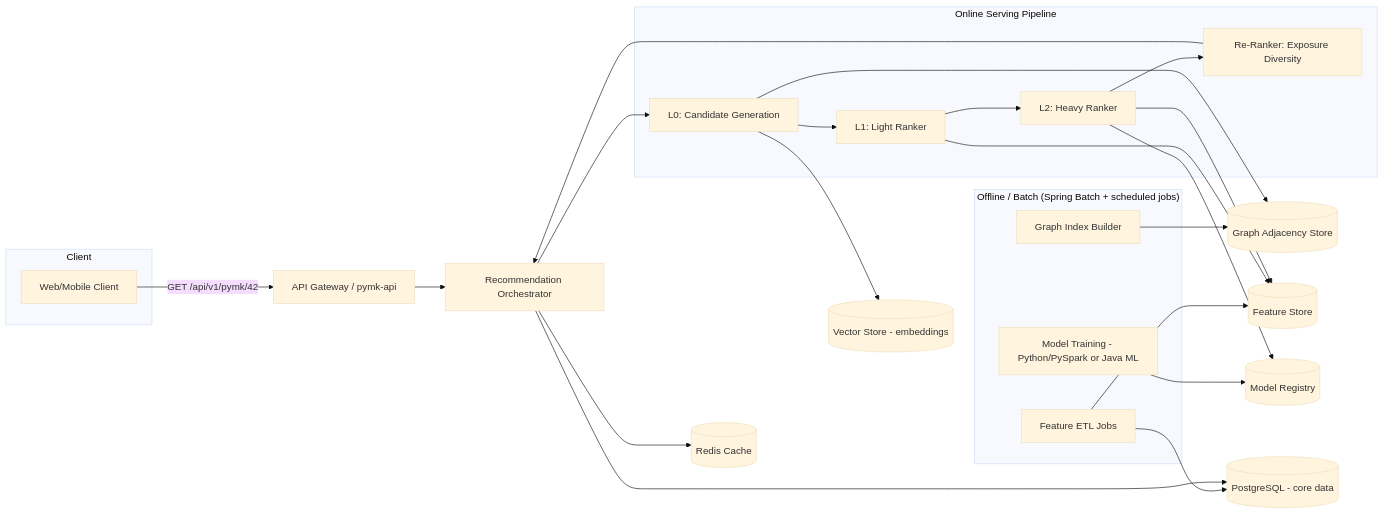
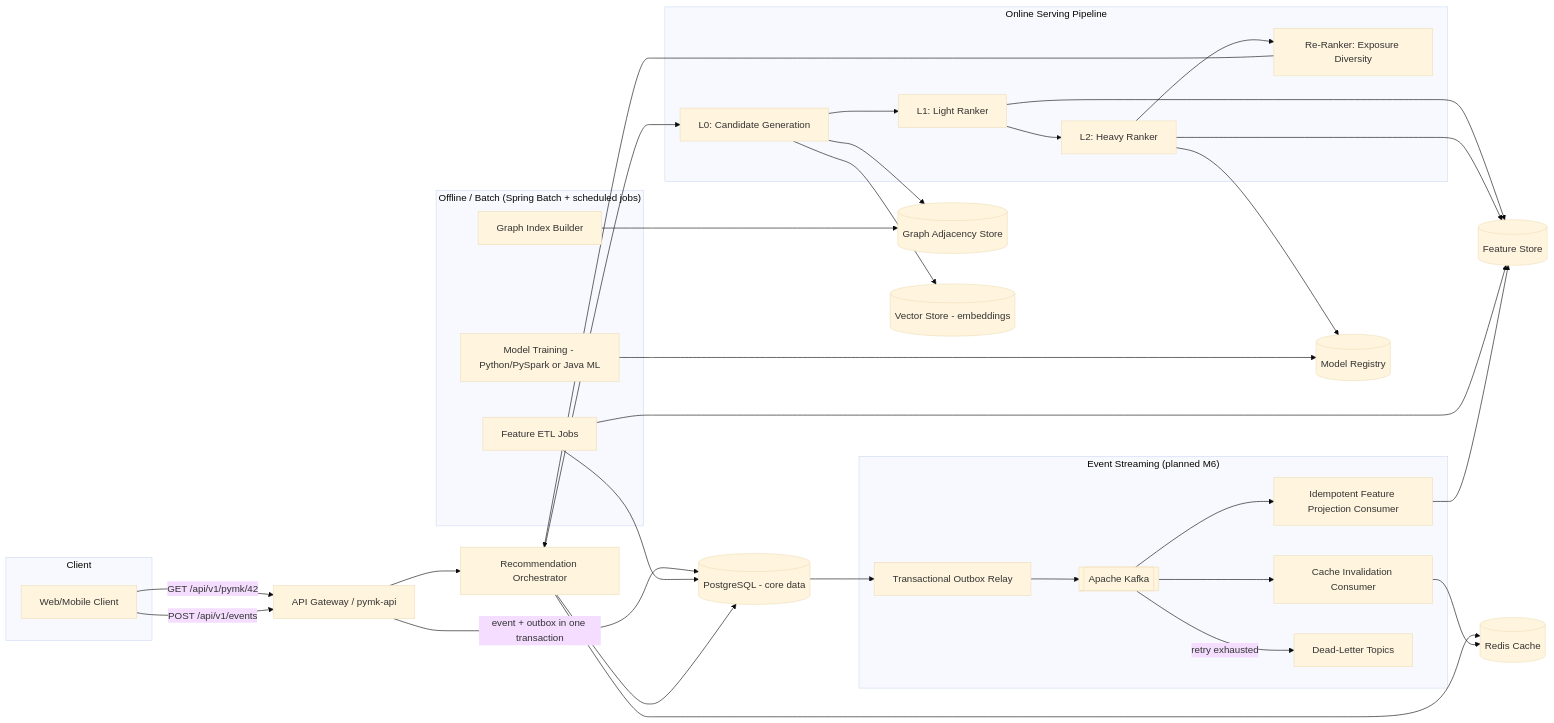
One commit to AhdyAhmed/People-You-May-Know-PYMK changed the first of 2 diagrams in docs/PYMK_DESIGN.md. Above: the diagram before and after it, drawn with Mermaid (base theme). The commit also changed other lines of this file and 14 other files, not shown here.

````diff
--- a/docs/PYMK_DESIGN.md
+++ b/docs/PYMK_DESIGN.md
@@ -55,36 +57,50 @@
 ```mermaid
 flowchart LR
     subgraph Client
         UI[Web/Mobile Client]
     end
 
     UI -->|"GET /api/v1/pymk/42"| GW["API Gateway / pymk-api"]
+    UI -->|"POST /api/v1/events"| GW
 
     GW --> ORCH[Recommendation Orchestrator]
+    GW -->|"event + outbox in one transaction"| DB
 
     subgraph Offline["Offline / Batch (Spring Batch + scheduled jobs)"]
         ETL[Feature ETL Jobs]
         TRAIN[Model Training - Python/PySpark or Java ML]
         GRAPH[Graph Index Builder]
     end
 
     subgraph Online["Online Serving Pipeline"]
         L0[L0: Candidate Generation]
         L1[L1: Light Ranker]
         L2[L2: Heavy Ranker]
         RR["Re-Ranker: Exposure Diversity"]
     end
 
+    subgraph Streaming["Event Streaming (planned M6)"]
+        RELAY[Transactional Outbox Relay]
+        KAFKA[[Apache Kafka]]
+        PROJ[Idempotent Feature Projection Consumer]
+        INVALIDATE[Cache Invalidation Consumer]
+        DLT[Dead-Letter Topics]
+    end
+
     ORCH --> L0 --> L1 --> L2 --> RR --> ORCH
     ORCH --> CACHE[(Redis Cache)]
     L0 --> GRAPHDB[(Graph Adjacency Store)]
     L0 --> VEC[(Vector Store - embeddings)]
     L1 --> FEATSTORE[(Feature Store)]
     L2 --> FEATSTORE
     L2 --> MODELSTORE[(Model Registry)]
     ETL --> FEATSTORE
     ETL --> DB[(PostgreSQL - core data)]
     TRAIN --> MODELSTORE
     GRAPH --> GRAPHDB
     ORCH --> DB
+    DB --> RELAY --> KAFKA
+    KAFKA --> PROJ --> FEATSTORE
+    KAFKA --> INVALIDATE --> CACHE
+    KAFKA -->|"retry exhausted"| DLT
 ```
````
